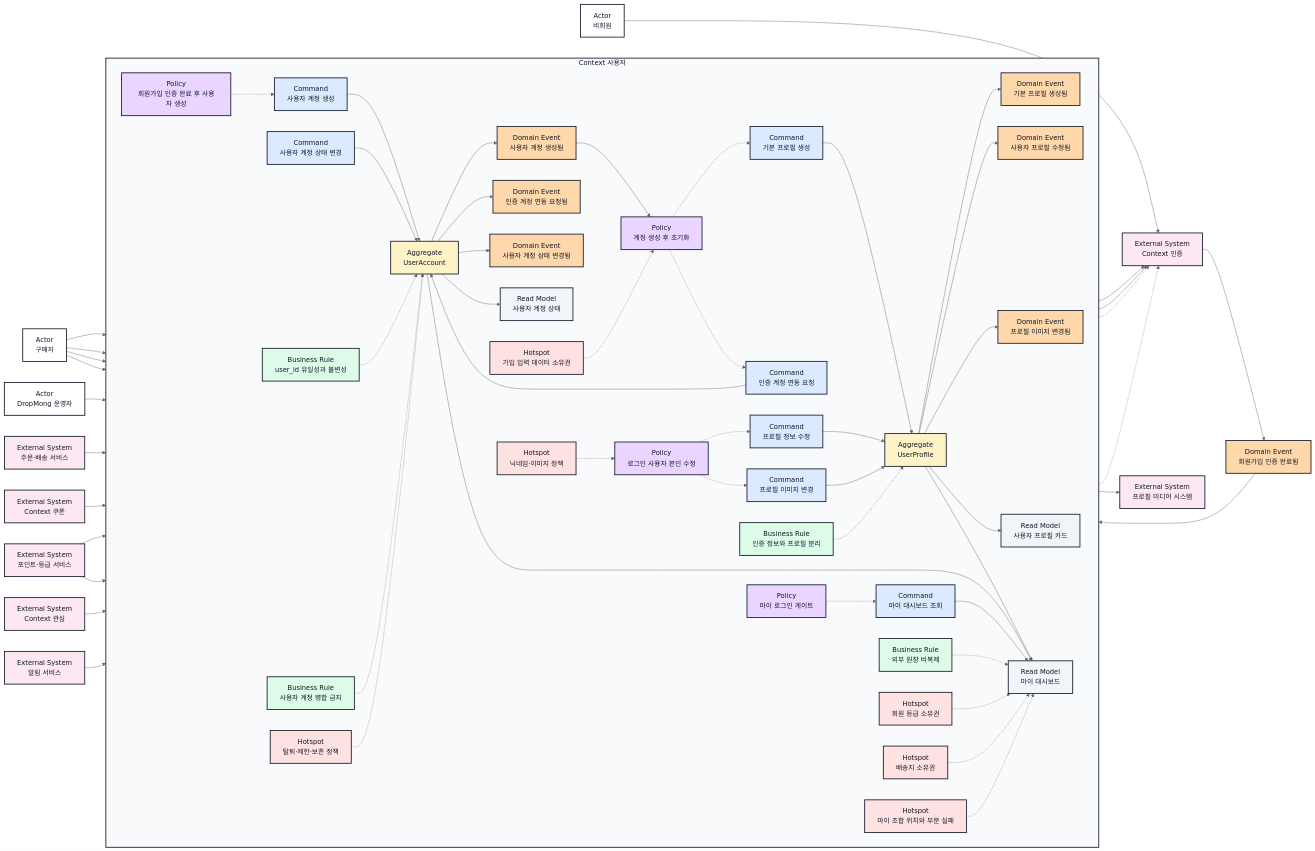
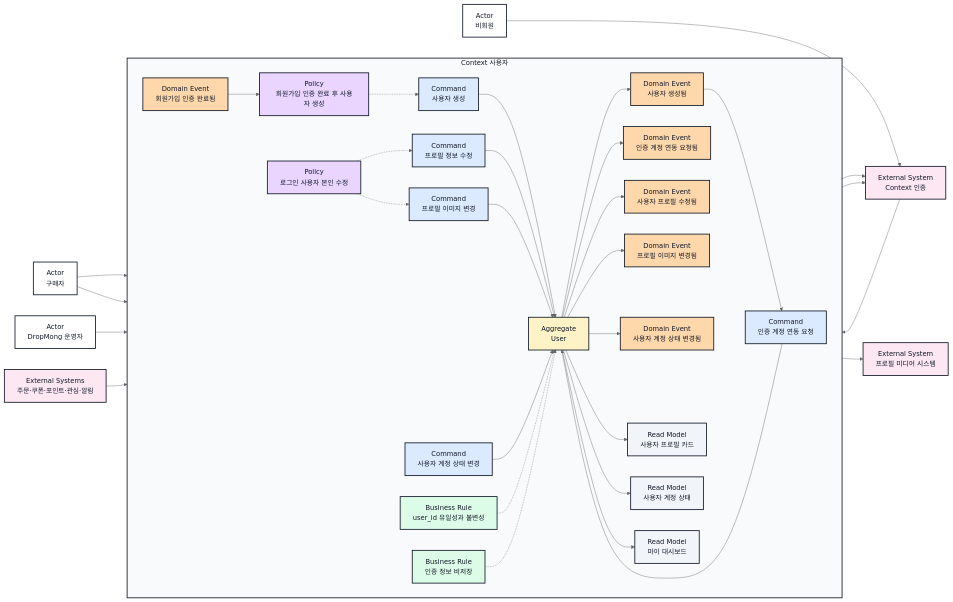
Before and after one commit to Medikong/archive: the second of 2 diagrams in blueprint/40-event-storming-bounded-context/BC_A_01_limited_drop_commerce.md, drawn with Mermaid (neutral theme). The commit also changed other lines of this file and 61 other files, not shown here.

Commit message:
docs(user): 사용자 서비스 설계와 배포 전략 정리

````diff
--- a/blueprint/40-event-storming-bounded-context/BC_A_01_limited_drop_commerce.md
+++ b/blueprint/40-event-storming-bounded-context/BC_A_01_limited_drop_commerce.md
@@ -290,106 +290,52 @@
 ```mermaid
 flowchart LR
   guest[Actor<br>비회원]
-  buyerDetail[Actor<br>구매자]
-  operatorDetail[Actor<br>DropMong 운영자]
-  authDetail[External System<br>Context 인증]
-  evtRegistrationVerified[Domain Event<br>회원가입 인증 완료됨]
-  mediaDetail[External System<br>프로필 미디어 시스템]
-  orderShippingDetail[External System<br>주문·배송 서비스]
-  couponDetail[External System<br>Context 쿠폰]
-  pointGradeDetail[External System<br>포인트·등급 서비스]
-  interestDetail[External System<br>Context 관심]
-  notificationDetail[External System<br>알림 서비스]
+  buyer[Actor<br>구매자]
+  operator[Actor<br>DropMong 운영자]
+  auth[External System<br>Context 인증]
+  media[External System<br>프로필 미디어 시스템]
+  downstream[External Systems<br>주문·쿠폰·포인트·관심·알림]
 
   subgraph UserBC[Context 사용자]
     direction LR
-    cmdCreateUser[Command<br>사용자 계정 생성]
-    cmdCreateProfile[Command<br>기본 프로필 생성]
-    cmdRequestAuthLink[Command<br>인증 계정 연동 요청]
-    cmdEditProfile[Command<br>프로필 정보 수정]
-    cmdChangeImage[Command<br>프로필 이미지 변경]
-    cmdChangeAccountStatus[Command<br>사용자 계정 상태 변경]
-    cmdGetMyDashboard[Command<br>마이 대시보드 조회]
-    userAccount[Aggregate<br>UserAccount]
-    userProfile[Aggregate<br>UserProfile]
-    evtUserCreated[Domain Event<br>사용자 계정 생성됨]
-    evtProfileCreated[Domain Event<br>기본 프로필 생성됨]
-    evtAuthLinkRequested[Domain Event<br>인증 계정 연동 요청됨]
-    evtProfileUpdated[Domain Event<br>사용자 프로필 수정됨]
-    evtProfileImageChanged[Domain Event<br>프로필 이미지 변경됨]
-    evtAccountStatusChanged[Domain Event<br>사용자 계정 상태 변경됨]
-    policyVerifiedSignup[Policy<br>회원가입 인증 완료 후 사용자 생성]
-    policyInitializeUser[Policy<br>계정 생성 후 초기화]
-    policySelfProfile[Policy<br>로그인 사용자 본인 수정]
-    policyMyLogin[Policy<br>마이 로그인 게이트]
-    ruleUserId[Business Rule<br>user_id 유일성과 불변성]
-    ruleNoMerge[Business Rule<br>사용자 계정 병합 금지]
-    ruleAuthProfileSplit[Business Rule<br>인증 정보와 프로필 분리]
-    ruleExternalLedger[Business Rule<br>외부 원장 비복제]
-    hotspotSignupData[Hotspot<br>가입 입력 데이터 소유권]
-    hotspotMembership[Hotspot<br>회원 등급 소유권]
-    hotspotAddress[Hotspot<br>배송지 소유권]
-    hotspotMyComposition[Hotspot<br>마이 조합 위치와 부분 실패]
-    hotspotLifecycle[Hotspot<br>탈퇴·제한·보존 정책]
-    hotspotProfilePolicy[Hotspot<br>닉네임·이미지 정책]
-    rmUserProfile[Read Model<br>사용자 프로필 카드]
-    rmMyDashboard[Read Model<br>마이 대시보드]
-    rmUserAccountStatus[Read Model<br>사용자 계정 상태]
+    verified[Domain Event<br>회원가입 인증 완료됨]
+    createUser[Command<br>사용자 생성]
+    user[Aggregate<br>User]
+    userCreated[Domain Event<br>사용자 생성됨]
+    requestLink[Command<br>인증 계정 연동 요청]
+    linkRequested[Domain Event<br>인증 계정 연동 요청됨]
+    editProfile[Command<br>프로필 정보 수정]
+    changeImage[Command<br>프로필 이미지 변경]
+    changeStatus[Command<br>사용자 계정 상태 변경]
+    profileUpdated[Domain Event<br>사용자 프로필 수정됨]
+    imageChanged[Domain Event<br>프로필 이미지 변경됨]
+    statusChanged[Domain Event<br>사용자 계정 상태 변경됨]
+    myDashboard[Read Model<br>마이 대시보드]
+    profileCard[Read Model<br>사용자 프로필 카드]
+    accountStatus[Read Model<br>사용자 계정 상태]
+    signupPolicy[Policy<br>회원가입 인증 완료 후 사용자 생성]
+    selfPolicy[Policy<br>로그인 사용자 본인 수정]
+    ruleIdentity[Business Rule<br>user_id 유일성과 불변성]
+    ruleAuth[Business Rule<br>인증 정보 비저장]
   end
 
-  guest --> authDetail
-  authDetail --> evtRegistrationVerified
-  evtRegistrationVerified --> policyVerifiedSignup
-  policyVerifiedSignup -.-> cmdCreateUser
-  cmdCreateUser --> userAccount
-  userAccount --> evtUserCreated
-  evtUserCreated --> policyInitializeUser
-  policyInitializeUser -.-> cmdCreateProfile
-  policyInitializeUser -.-> cmdRequestAuthLink
-  cmdCreateProfile --> userProfile
-  userProfile --> evtProfileCreated
-  cmdRequestAuthLink --> userAccount
-  userAccount --> evtAuthLinkRequested
-  evtAuthLinkRequested --> authDetail
-  buyerDetail --> cmdEditProfile
-  buyerDetail --> cmdChangeImage
-  buyerDetail --> rmUserProfile
-  buyerDetail --> cmdGetMyDashboard
-  cmdEditProfile --> userProfile
-  cmdChangeImage --> userProfile
-  cmdChangeImage --> mediaDetail
-  userProfile --> evtProfileUpdated
-  userProfile --> evtProfileImageChanged
-  operatorDetail --> cmdChangeAccountStatus
-  cmdChangeAccountStatus --> userAccount
-  userAccount --> evtAccountStatusChanged
-  evtAccountStatusChanged --> authDetail
-  userProfile --> rmUserProfile
-  userProfile --> rmMyDashboard
-  userAccount --> rmUserAccountStatus
-  userAccount --> rmMyDashboard
-  cmdGetMyDashboard --> rmMyDashboard
-  policySelfProfile -.-> cmdEditProfile
-  policySelfProfile -.-> cmdChangeImage
-  policySelfProfile -.-> authDetail
-  policyMyLogin -.-> cmdGetMyDashboard
-  policyMyLogin -.-> authDetail
-  ruleUserId -.-> userAccount
-  ruleNoMerge -.-> userAccount
-  ruleAuthProfileSplit -.-> userProfile
-  ruleExternalLedger -.-> rmMyDashboard
-  hotspotSignupData -.-> policyInitializeUser
-  hotspotMembership -.-> rmMyDashboard
-  hotspotAddress -.-> rmMyDashboard
-  hotspotMyComposition -.-> rmMyDashboard
-  hotspotLifecycle -.-> userAccount
-  hotspotProfilePolicy -.-> policySelfProfile
-  orderShippingDetail --> rmMyDashboard
-  couponDetail --> rmMyDashboard
-  pointGradeDetail --> rmUserProfile
-  pointGradeDetail --> rmMyDashboard
-  interestDetail --> rmMyDashboard
-  notificationDetail --> rmMyDashboard
+  guest --> auth --> verified --> signupPolicy -.-> createUser
+  createUser --> user --> userCreated --> requestLink
+  requestLink --> user --> linkRequested --> auth
+  buyer --> editProfile --> user
+  buyer --> changeImage --> user
+  changeImage --> media
+  user --> profileUpdated
+  user --> imageChanged
+  operator --> changeStatus --> user --> statusChanged --> auth
+  user --> profileCard
+  user --> accountStatus
+  user --> myDashboard
+  downstream --> myDashboard
+  selfPolicy -.-> editProfile
+  selfPolicy -.-> changeImage
+  ruleIdentity -.-> user
+  ruleAuth -.-> user
 
   classDef actor fill:#FFFFFF,stroke:#111827,color:#111827,stroke-width:2px;
   classDef command fill:#DBEAFE,stroke:#111827,color:#111827,stroke-width:2px;
@@ -397,18 +343,16 @@
   classDef event fill:#FED7AA,stroke:#111827,color:#111827,stroke-width:2px;
   classDef policy fill:#E9D5FF,stroke:#111827,color:#111827,stroke-width:2px;
   classDef rule fill:#DCFCE7,stroke:#111827,color:#111827,stroke-width:2px;
-  classDef hotspot fill:#FEE2E2,stroke:#111827,color:#111827,stroke-width:2px;
   classDef external fill:#FCE7F3,stroke:#111827,color:#111827,stroke-width:2px;
   classDef readmodel fill:#F1F5F9,stroke:#111827,color:#111827,stroke-width:2px;
 
-  class guest,buyerDetail,operatorDetail actor;
-  class cmdCreateUser,cmdCreateProfile,cmdRequestAuthLink,cmdEditProfile,cmdChangeImage,cmdChangeAccountStatus,cmdGetMyDashboard command;
-  class userAccount,userProfile aggregate;
-  class evtRegistrationVerified,evtUserCreated,evtProfileCreated,evtAuthLinkRequested,evtProfileUpdated,evtProfileImageChanged,evtAccountStatusChanged event;
-  class policyVerifiedSignup,policyInitializeUser,policySelfProfile,policyMyLogin policy;
-  class ruleUserId,ruleNoMerge,ruleAuthProfileSplit,ruleExternalLedger rule;
-  class hotspotSignupData,hotspotMembership,hotspotAddress,hotspotMyComposition,hotspotLifecycle,hotspotProfilePolicy hotspot;
-  class authDetail,mediaDetail,orderShippingDetail,couponDetail,pointGradeDetail,interestDetail,notificationDetail external;
-  class rmUserProfile,rmMyDashboard,rmUserAccountStatus readmodel;
+  class guest,buyer,operator actor;
+  class createUser,requestLink,editProfile,changeImage,changeStatus command;
+  class user aggregate;
+  class verified,userCreated,linkRequested,profileUpdated,imageChanged,statusChanged event;
+  class signupPolicy,selfPolicy policy;
+  class ruleIdentity,ruleAuth rule;
+  class auth,media,downstream external;
+  class myDashboard,profileCard,accountStatus readmodel;
   style UserBC fill:#F9FAFB,stroke:#111827,color:#111827,stroke-width:2px;
 ```
````
